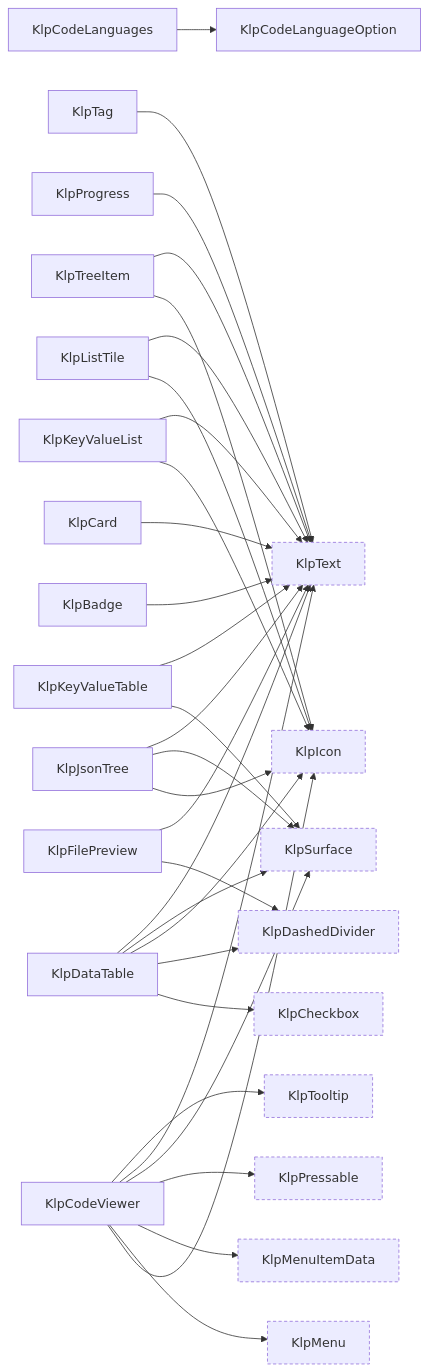
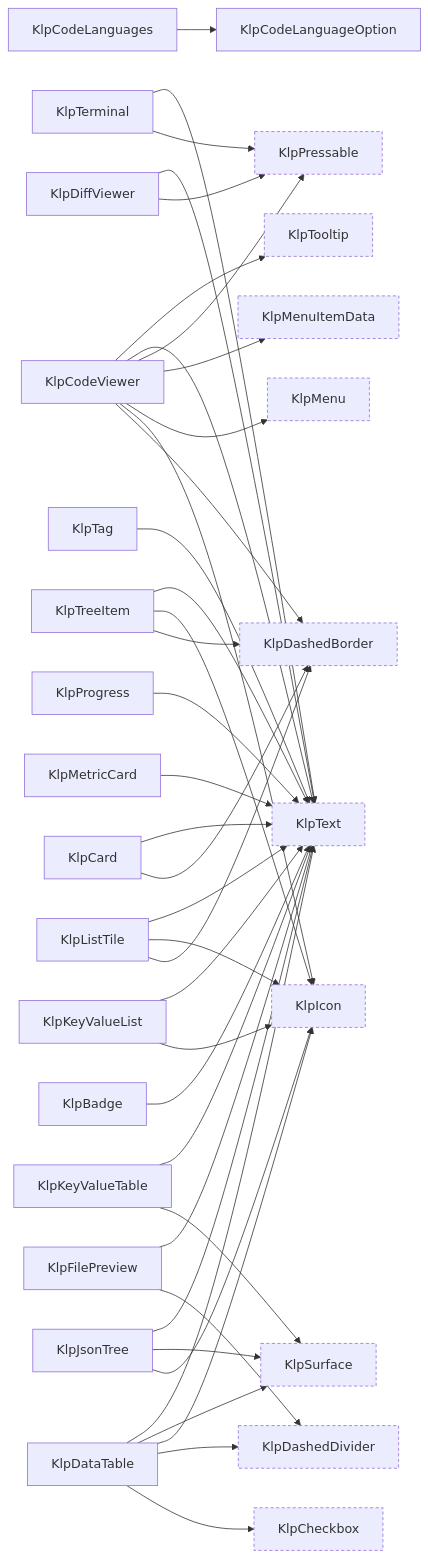
The tenth of 16 diagrams in spec/component-inventory.md (MiuDog/Kallopis), drawn with Mermaid before and after one commit. The commit also changed other lines of this file and 17 other files, not shown here.

````diff
--- a/spec/component-inventory.md
+++ b/spec/component-inventory.md
@@ -484,57 +519,69 @@
 ```mermaid
 graph LR
   KlpBadge["KlpBadge"]
   KlpCard["KlpCard"]
   KlpCheckbox["KlpCheckbox"]:::external
   KlpCodeLanguageOption["KlpCodeLanguageOption"]
   KlpCodeLanguages["KlpCodeLanguages"]
   KlpCodeViewer["KlpCodeViewer"]
+  KlpDashedBorder["KlpDashedBorder"]:::external
   KlpDashedDivider["KlpDashedDivider"]:::external
   KlpDataTable["KlpDataTable"]
+  KlpDiffViewer["KlpDiffViewer"]
   KlpFilePreview["KlpFilePreview"]
   KlpIcon["KlpIcon"]:::external
   KlpJsonTree["KlpJsonTree"]
   KlpKeyValueList["KlpKeyValueList"]
   KlpKeyValueTable["KlpKeyValueTable"]
   KlpListTile["KlpListTile"]
   KlpMenu["KlpMenu"]:::external
   KlpMenuItemData["KlpMenuItemData"]:::external
+  KlpMetricCard["KlpMetricCard"]
   KlpPressable["KlpPressable"]:::external
   KlpProgress["KlpProgress"]
   KlpSurface["KlpSurface"]:::external
   KlpTag["KlpTag"]
+  KlpTerminal["KlpTerminal"]
   KlpText["KlpText"]:::external
   KlpTooltip["KlpTooltip"]:::external
   KlpTreeItem["KlpTreeItem"]
   KlpBadge --> KlpText
+  KlpCard --> KlpDashedBorder
   KlpCard --> KlpText
   KlpCodeLanguages --> KlpCodeLanguageOption
+  KlpCodeViewer --> KlpDashedBorder
   KlpCodeViewer --> KlpIcon
   KlpCodeViewer --> KlpMenu
   KlpCodeViewer --> KlpMenuItemData
   KlpCodeViewer --> KlpPressable
-  KlpCodeViewer --> KlpSurface
   KlpCodeViewer --> KlpText
   KlpCodeViewer --> KlpTooltip
   KlpDataTable --> KlpCheckbox
   KlpDataTable --> KlpDashedDivider
   KlpDataTable --> KlpIcon
   KlpDataTable --> KlpSurface
   KlpDataTable --> KlpText
+  KlpDiffViewer --> KlpPressable
+  KlpDiffViewer --> KlpText
   KlpFilePreview --> KlpDashedDivider
   KlpFilePreview --> KlpText
   KlpJsonTree --> KlpIcon
   KlpJsonTree --> KlpSurface
   KlpJsonTree --> KlpText
   KlpKeyValueList --> KlpIcon
   KlpKeyValueList --> KlpText
   KlpKeyValueTable --> KlpSurface
   KlpKeyValueTable --> KlpText
+  KlpListTile --> KlpDashedBorder
   KlpListTile --> KlpIcon
   KlpListTile --> KlpText
+  KlpMetricCard --> KlpText
   KlpProgress --> KlpText
   KlpTag --> KlpText
+  KlpTerminal --> KlpPressable
+  KlpTerminal --> KlpText
+  KlpTreeItem --> KlpDashedBorder
   KlpTreeItem --> KlpIcon
   KlpTreeItem --> KlpText
   classDef external stroke-dasharray: 4 3;
 ```
````
